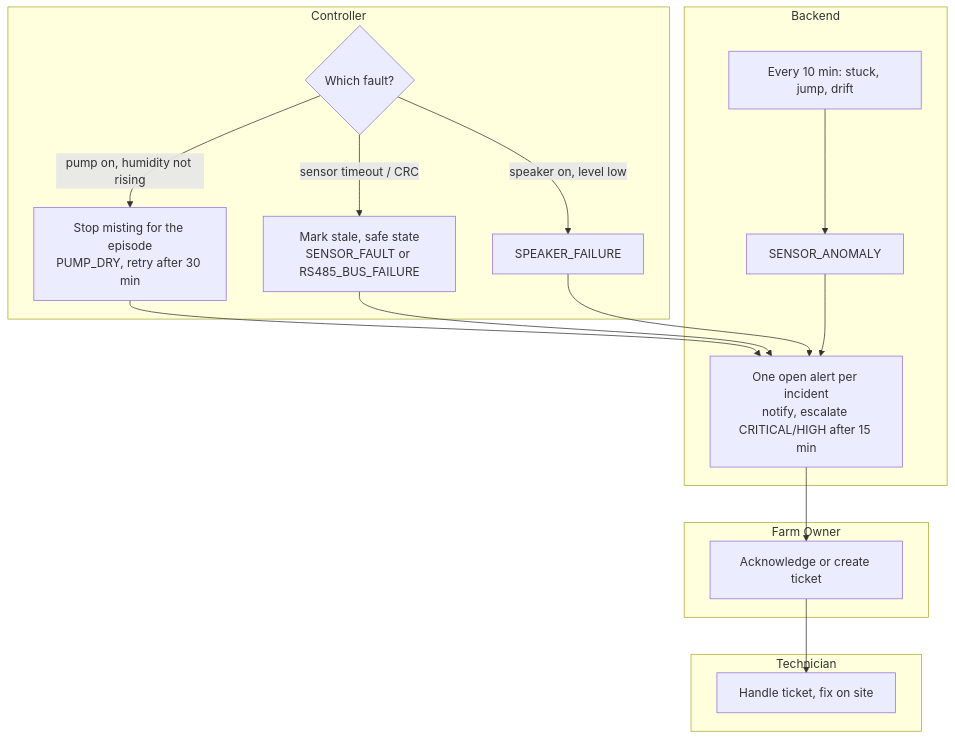
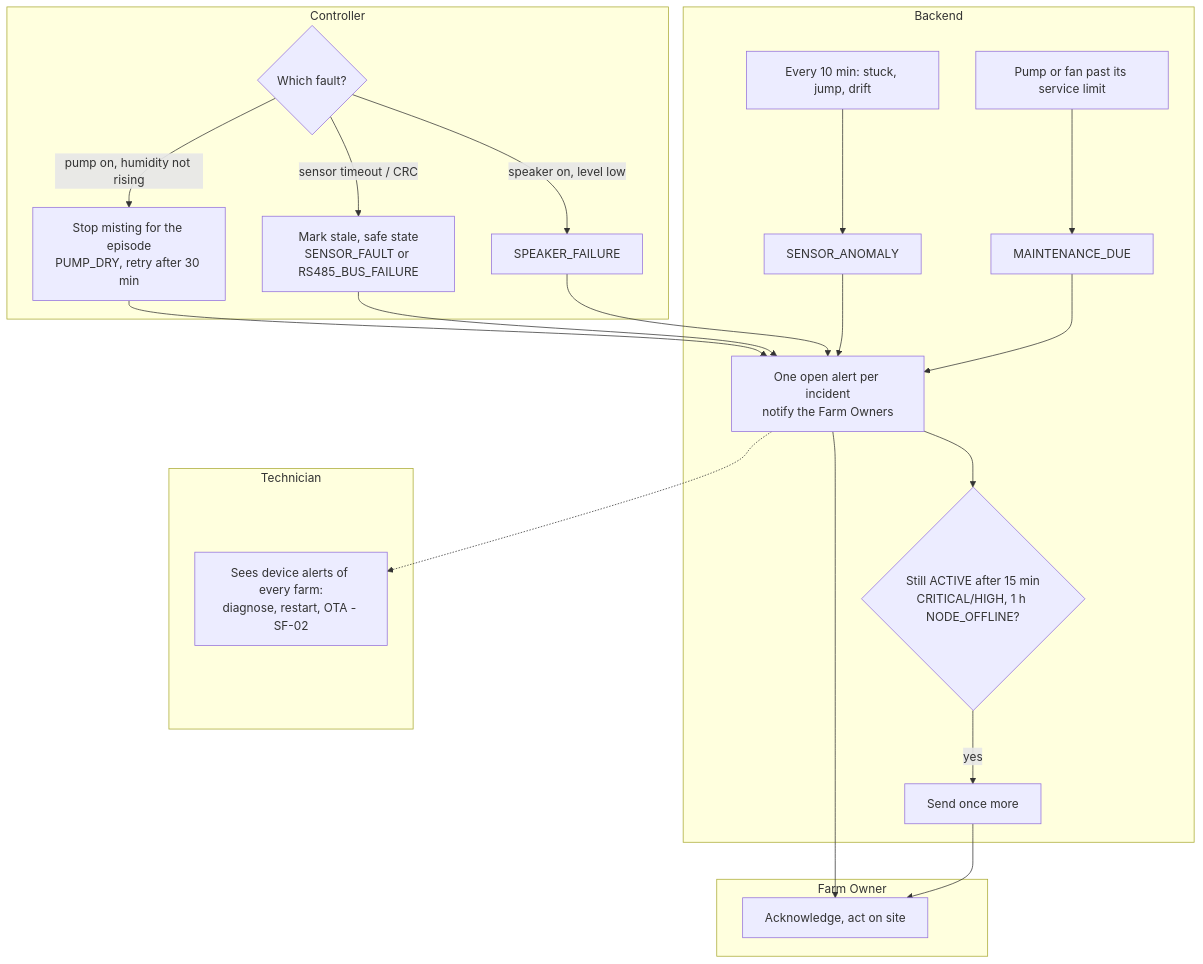
One commit to NBao261/SwiftletCare_KLTN changed diagram 23 of 34 in docs/reports/report4-sdd.md. Above: the diagram before and after it, drawn with Mermaid. The commit also changed other lines of this file and 24 other files, not shown here.

````diff
--- a/docs/reports/report4-sdd.md
+++ b/docs/reports/report4-sdd.md
@@ -980,22 +941,28 @@
 ```mermaid
 flowchart TB
   subgraph C[Controller]
     A1{Which fault?}
     A1 -- pump on, humidity not rising --> A2[Stop misting for the episode<br/>PUMP_DRY, retry after 30 min]
     A1 -- sensor timeout / CRC --> A3[Mark stale, safe state<br/>SENSOR_FAULT or RS485_BUS_FAILURE]
     A1 -- speaker on, level low --> A4[SPEAKER_FAILURE]
   end
   subgraph B[Backend]
     B0[Every 10 min: stuck, jump, drift] --> B1[SENSOR_ANOMALY]
-    B2[One open alert per incident<br/>notify, escalate CRITICAL/HIGH after 15 min]
+    B5[Pump or fan past its service limit] --> B6[MAINTENANCE_DUE]
+    B2[One open alert per incident<br/>notify the Farm Owners]
+    B3{Still ACTIVE after 15 min<br/>CRITICAL/HIGH, 1 h NODE_OFFLINE?} -- yes --> B4[Send once more]
   end
   subgraph O[Farm Owner]
-    O1[Acknowledge or create ticket]
+    O1[Acknowledge, act on site]
   end
   subgraph T[Technician]
-    T1[Handle ticket, fix on site]
+    T1[Sees device alerts of every farm:<br/>diagnose, restart, OTA - SF-02]
   end
   A2 & A3 & A4 --> B2
   B1 --> B2
-  B2 --> O1 --> T1
+  B6 --> B2
+  B2 --> O1
+  B2 --> B3
+  B4 --> O1
+  B2 -.-> T1
 ```
````
